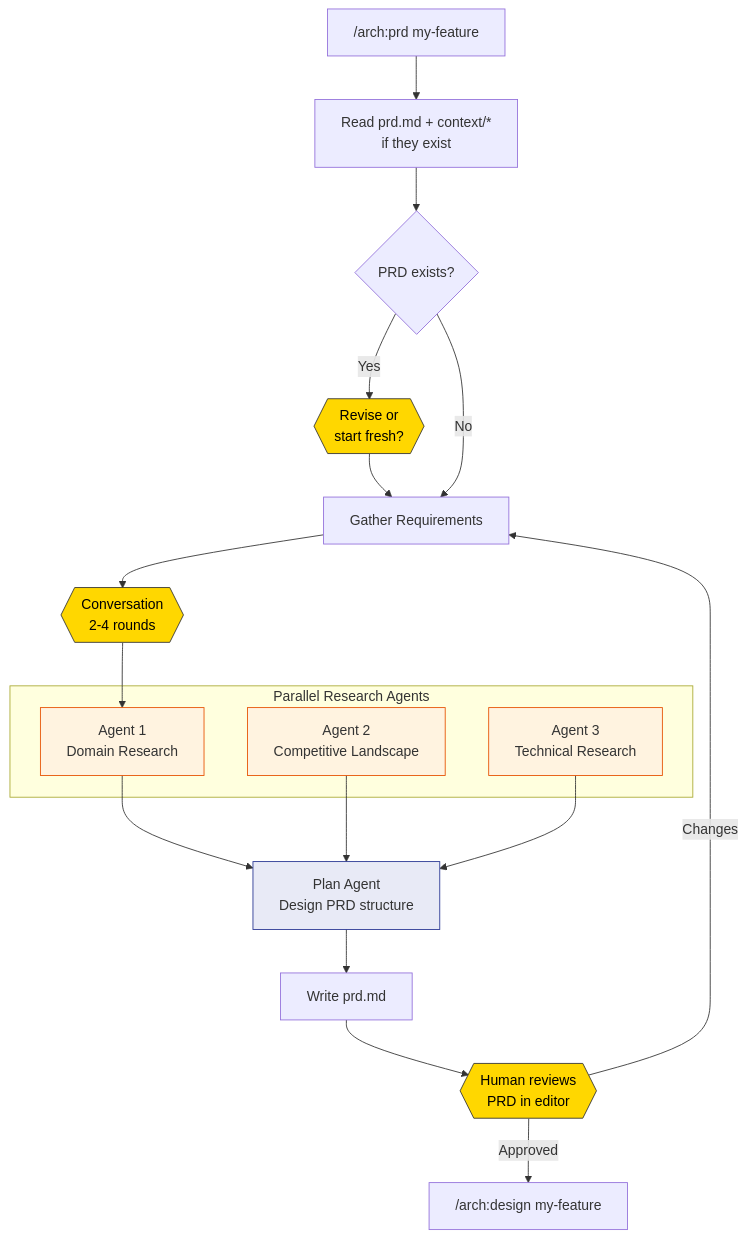
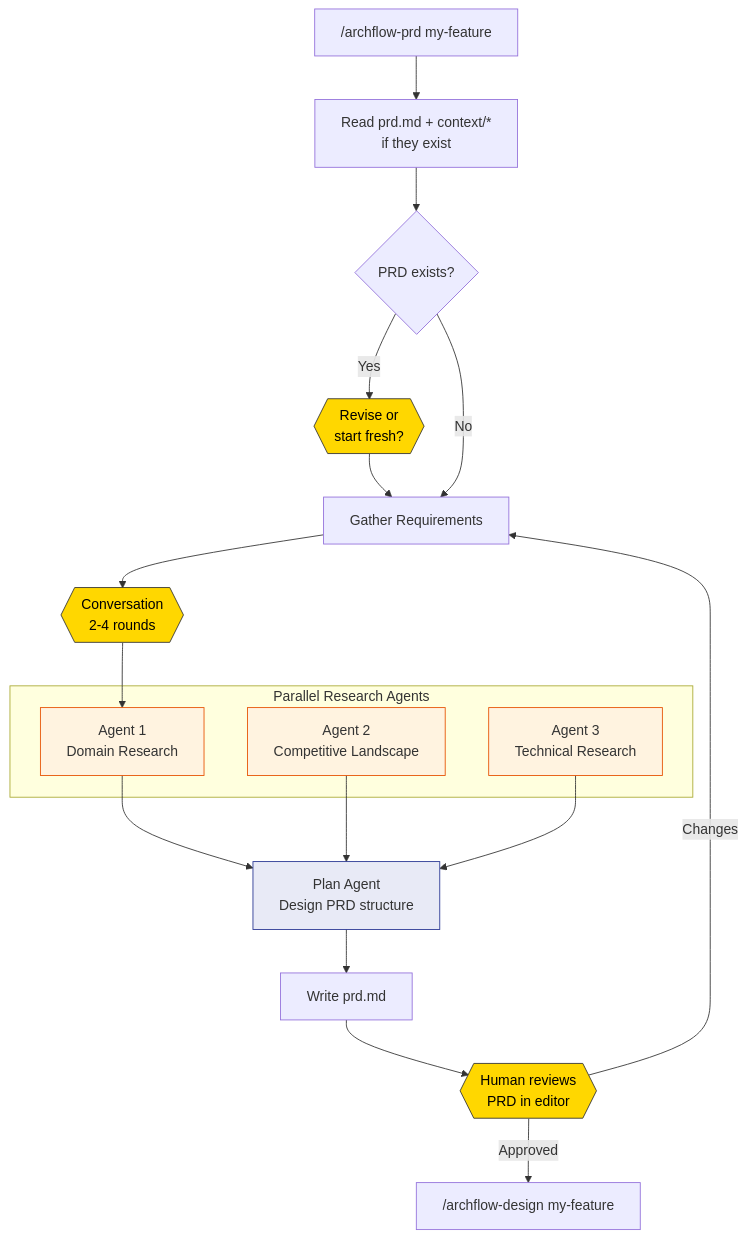
One commit to Aroton/ArchflowV2 changed the fifth of 12 diagrams in docs/archflow-process.md. Above: the diagram before and after it, drawn with Mermaid. The commit also changed other lines of this file and 13 other files, not shown here.

````diff
--- a/docs/archflow-process.md
+++ b/docs/archflow-process.md
@@ -155,34 +155,34 @@
 ```mermaid
 flowchart TD
-    P0["/arch:prd my-feature"] --> P_read[Read prd.md + context/*<br/>if they exist]
+    P0["/archflow-prd my-feature"] --> P_read[Read prd.md + context/*<br/>if they exist]
     P_read --> P1{PRD exists?}
     P1 -->|Yes| P1a{{Revise or<br/>start fresh?}}
     P1a --> P2
     P1 -->|No| P2
 
     P2[Gather Requirements] --> P2a{{Conversation<br/>2-4 rounds}}
     P2a --> P3
 
     subgraph "Parallel Research Agents"
         P3[Agent 1<br/>Domain Research]
         P4[Agent 2<br/>Competitive Landscape]
         P5[Agent 3<br/>Technical Research]
     end
 
     P3 --> P6
     P4 --> P6
     P5 --> P6
 
     P6[Plan Agent<br/>Design PRD structure] --> P7[Write prd.md]
     P7 --> P8{{Human reviews<br/>PRD in editor}}
     P8 -->|Changes| P2
-    P8 -->|Approved| P9["/arch:design my-feature"]
+    P8 -->|Approved| P9["/archflow-design my-feature"]
 
     style P3 fill:#fff3e0,stroke:#e65100
     style P4 fill:#fff3e0,stroke:#e65100
     style P5 fill:#fff3e0,stroke:#e65100
     style P6 fill:#e8eaf6,stroke:#283593
     style P2a fill:#ffd700,stroke:#333,color:#000
     style P1a fill:#ffd700,stroke:#333,color:#000
     style P8 fill:#ffd700,stroke:#333,color:#000
 ```
````
